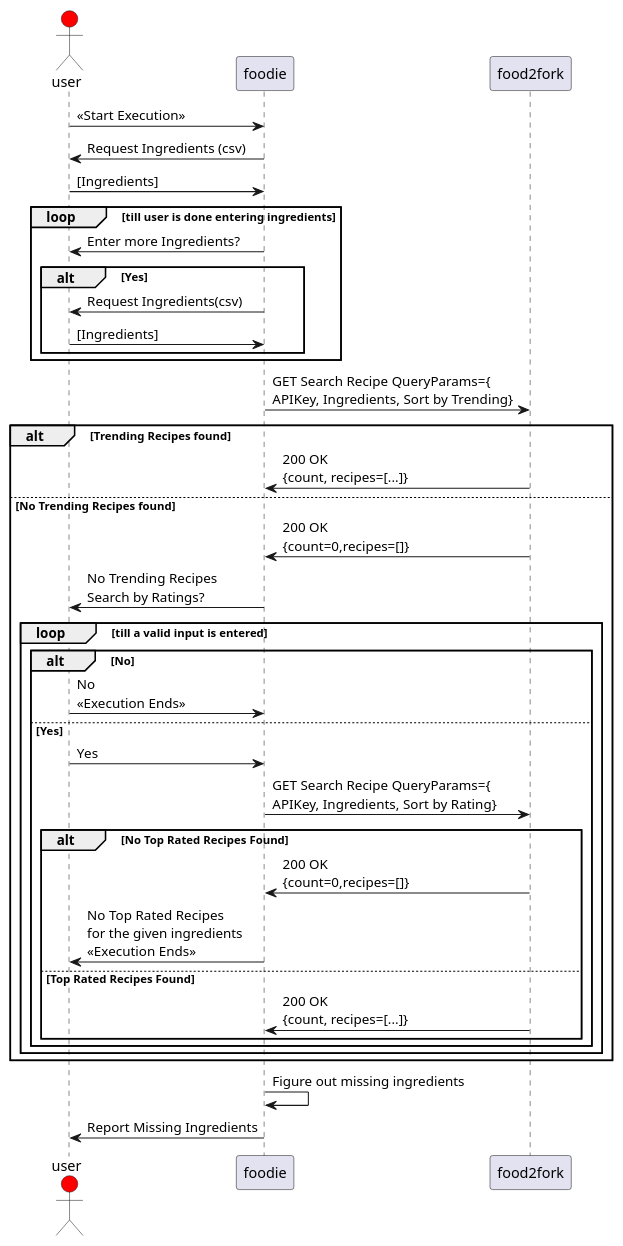
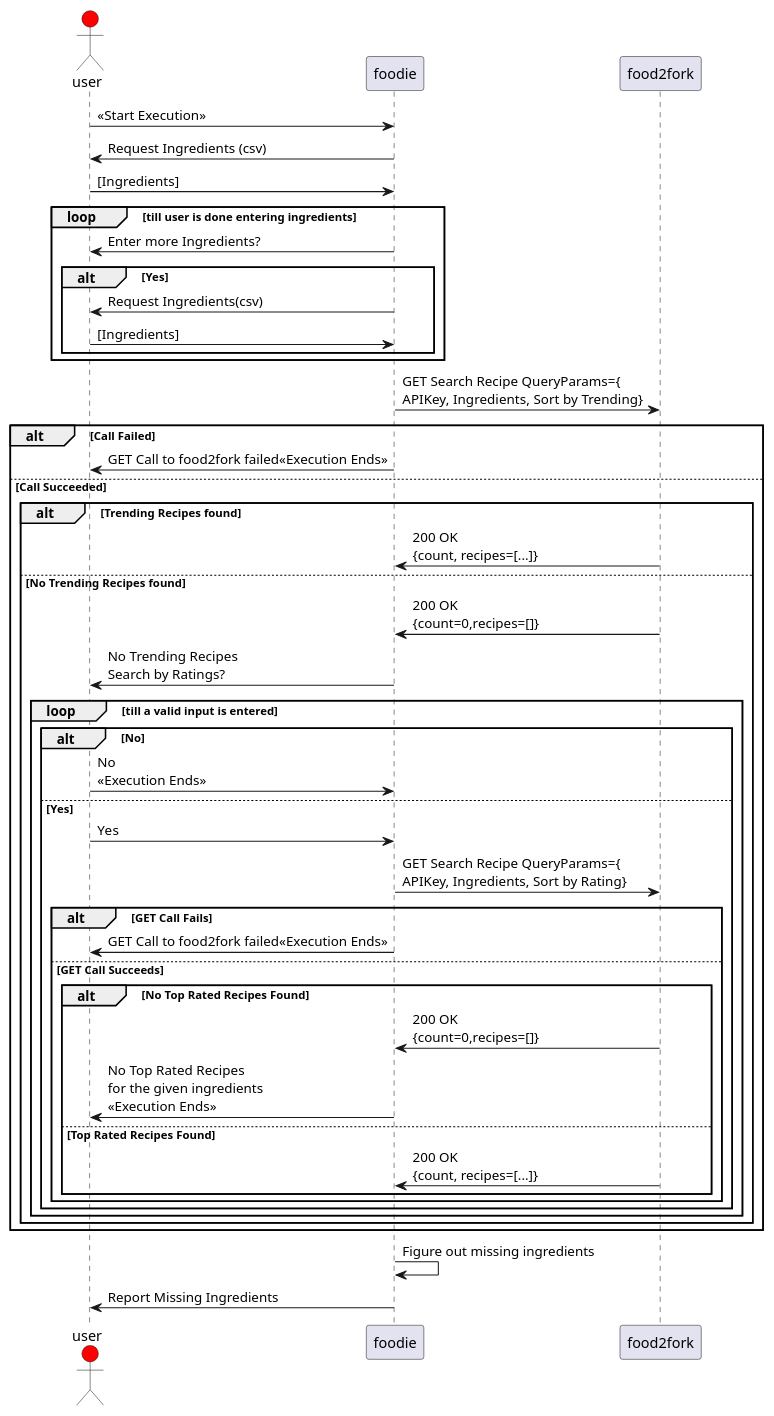
Before and after one commit to rachit-ranjan16/Foodie: the diagram in design/SequenceDiag.pu, drawn with PlantUML. The commit also changed 2 other files, not shown here.

Commit message:
Updated Sequence Diagram Version Bump up

```diff
--- a/design/SequenceDiag.pu
+++ b/design/SequenceDiag.pu
@@ -1,45 +1,50 @@
 @startuml
 actor user #red
 participant foodie
 participant food2fork
 
 user->foodie: <<Start Execution>>
 foodie->user: Request Ingredients (csv)
 user->foodie: [Ingredients]
 
 loop till user is done entering ingredients
     foodie->user: Enter more Ingredients?
     alt Yes
         foodie->user: Request Ingredients(csv)
         user->foodie: [Ingredients]
     end
 end
 
 foodie->food2fork: GET Search Recipe QueryParams={\nAPIKey, Ingredients, Sort by Trending}
-
-alt Trending Recipes found
-    food2fork->foodie: 200 OK\n{count, recipes=[...]}
-else No Trending Recipes found
-
-    food2fork->foodie: 200 OK\n{count=0,recipes=[]}
-    foodie->user:No Trending Recipes\nSearch by Ratings?
-    loop till a valid input is entered
-        alt No
-            user->foodie: No\n<<Execution Ends>>
-        else Yes
-            user->foodie: Yes
-            foodie->food2fork: GET Search Recipe QueryParams={\nAPIKey, Ingredients, Sort by Rating}
-            alt No Top Rated Recipes Found
-                food2fork->foodie: 200 OK\n{count=0,recipes=[]}
-                foodie->user: No Top Rated Recipes\nfor the given ingredients\n<<Execution Ends>>
-            else Top Rated Recipes Found
-                food2fork->foodie: 200 OK\n{count, recipes=[...]}
+alt Call Failed
+    foodie->user: GET Call to food2fork failed<<Execution Ends>>
+else Call Succeeded
+    alt Trending Recipes found
+        food2fork->foodie: 200 OK\n{count, recipes=[...]}
+    else No Trending Recipes found
+        food2fork->foodie: 200 OK\n{count=0,recipes=[]}
+        foodie->user:No Trending Recipes\nSearch by Ratings?
+        loop till a valid input is entered
+            alt No
+                user->foodie: No\n<<Execution Ends>>
+            else Yes
+                user->foodie: Yes
+                foodie->food2fork: GET Search Recipe QueryParams={\nAPIKey, Ingredients, Sort by Rating}
+                alt GET Call Fails
+                    foodie->user: GET Call to food2fork failed<<Execution Ends>>
+                else GET Call Succeeds
+                    alt No Top Rated Recipes Found
+                        food2fork->foodie: 200 OK\n{count=0,recipes=[]}
+                        foodie->user: No Top Rated Recipes\nfor the given ingredients\n<<Execution Ends>>
+                    else Top Rated Recipes Found
+                        food2fork->foodie: 200 OK\n{count, recipes=[...]}
+                    end
+                end
             end
         end
     end
 end
-
 foodie->foodie: Figure out missing ingredients
 foodie->user: Report Missing Ingredients
 
 @enduml
```
